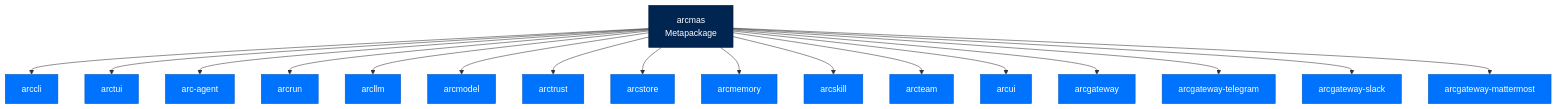
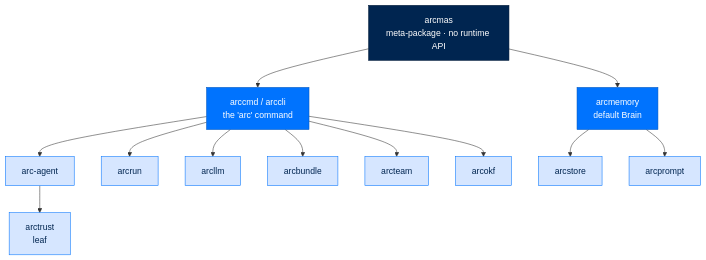
The diagram in docs/building/packages/arcmas.md (joshuamschultz/Arc), drawn with Mermaid before and after one commit. The commit also changed other lines of this file and 13 other files, not shown here.

````diff
--- a/docs/building/packages/arcmas.md
+++ b/docs/building/packages/arcmas.md
@@ -13,22 +24,19 @@
 ```mermaid
 flowchart TB
     classDef meta fill:#002550,stroke:#001A38,color:#FFFFFF
-    classDef pkg fill:#0073FE,stroke:#0055BC,color:#FFFFFF
+    classDef direct fill:#0073FE,stroke:#0055BC,color:#FFFFFF
+    classDef trans fill:#D6E6FF,stroke:#0073FE,color:#002550
 
-    arcmas[arcmas<br/>Metapackage]:::meta --> pkg1[arccli]:::pkg
-    arcmas --> pkg2[arctui]:::pkg
-    arcmas --> pkg3[arc-agent]:::pkg
-    arcmas --> pkg4[arcrun]:::pkg
-    arcmas --> pkg5[arcllm]:::pkg
-    arcmas --> pkg6[arcmodel]:::pkg
-    arcmas --> pkg7[arctrust]:::pkg
-    arcmas --> pkg8[arcstore]:::pkg
-    arcmas --> pkg9[arcmemory]:::pkg
-    arcmas --> pkg10[arcskill]:::pkg
-    arcmas --> pkg11[arcteam]:::pkg
-    arcmas --> pkg12[arcui]:::pkg
-    arcmas --> pkg13[arcgateway]:::pkg
-    arcmas --> pkg14[arcgateway-telegram]:::pkg
-    arcmas --> pkg15[arcgateway-slack]:::pkg
-    arcmas --> pkg16[arcgateway-mattermost]:::pkg
+    arcmas[arcmas<br/>meta-package · no runtime API]:::meta --> cli[arccmd / arccli<br/>the 'arc' command]:::direct
+    arcmas --> mem[arcmemory<br/>default Brain]:::direct
+
+    cli --> agent[arc-agent]:::trans
+    cli --> run[arcrun]:::trans
+    cli --> llm[arcllm]:::trans
+    cli --> bundle[arcbundle]:::trans
+    cli --> team[arcteam]:::trans
+    cli --> okf[arcokf]:::trans
+    mem --> store[arcstore]:::trans
+    mem --> prompt[arcprompt]:::trans
+    agent --> trust[arctrust<br/>leaf]:::trans
 ```
````
